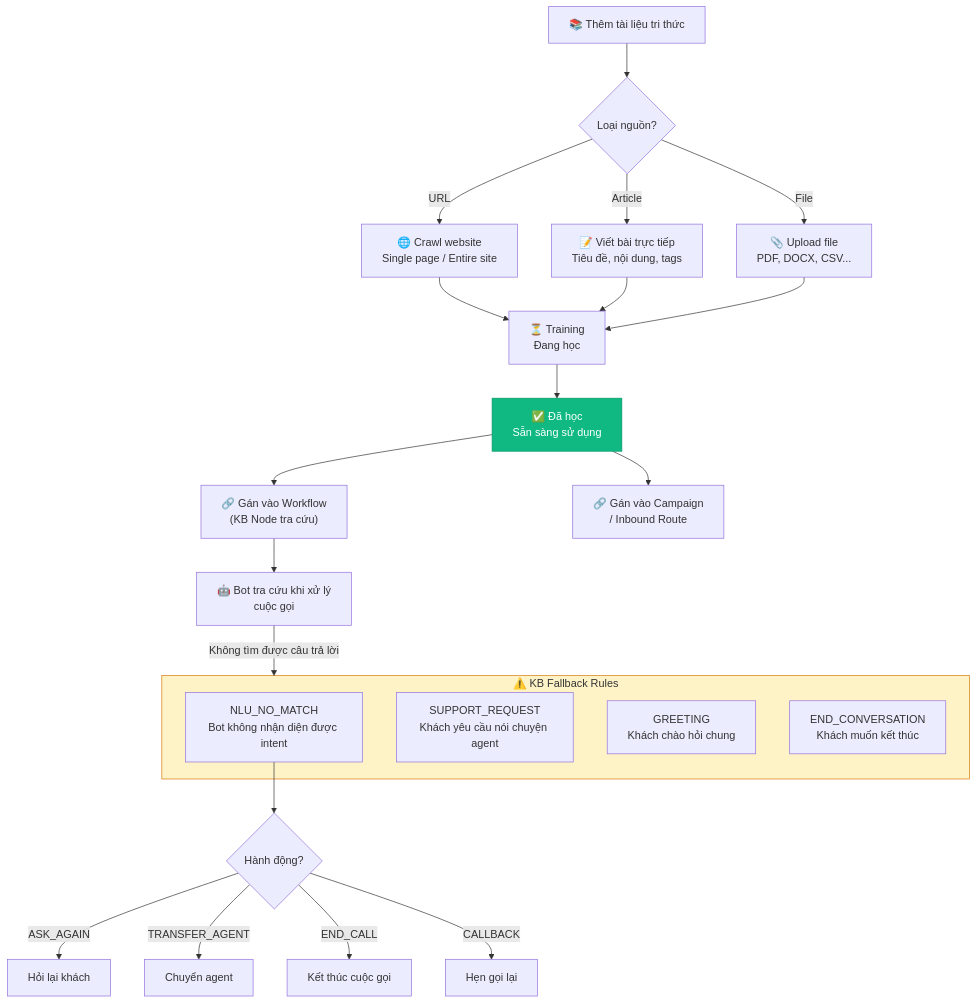
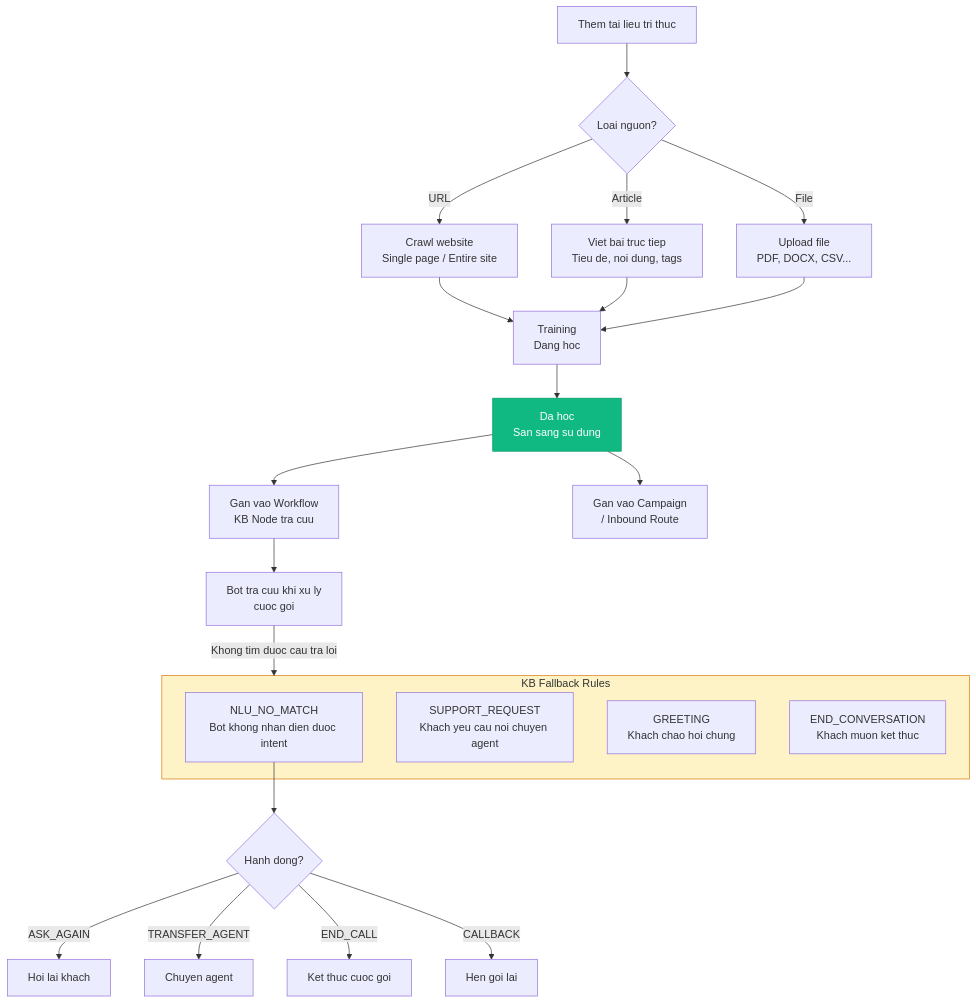
The seventh of 8 diagrams in BUSINESS_DOCUMENTATION.md (salaghati/AI_Voicebot-UI-UX), drawn with Mermaid before and after one commit. The commit also changed other lines of this file, not shown here.

First line of the commit message:
Fix Mermaid diagrams: remove emoji and Vietnamese diacritics from node labels

````diff
--- a/BUSINESS_DOCUMENTATION.md
+++ b/BUSINESS_DOCUMENTATION.md
@@ -359,37 +359,37 @@
 ```mermaid
 graph TD
-    A["📚 Thêm tài liệu tri thức"] --> B{"Loại nguồn?"}
+    A["Them tai lieu tri thuc"] --> B{"Loai nguon?"}
     
-    B -->|URL| C["🌐 Crawl website<br/>Single page / Entire site"]
-    B -->|Article| D["📝 Viết bài trực tiếp<br/>Tiêu đề, nội dung, tags"]
-    B -->|File| E["📎 Upload file<br/>PDF, DOCX, CSV..."]
+    B -->|URL| C["Crawl website\nSingle page / Entire site"]
+    B -->|Article| D["Viet bai truc tiep\nTieu de, noi dung, tags"]
+    B -->|File| E["Upload file\nPDF, DOCX, CSV..."]
 
-    C --> F["⏳ Training<br/>Đang học"]
+    C --> F["Training\nDang hoc"]
     D --> F
     E --> F
 
-    F --> G["✅ Đã học<br/>Sẵn sàng sử dụng"]
+    F --> G["Da hoc\nSan sang su dung"]
 
-    G --> H["🔗 Gán vào Workflow<br/>(KB Node tra cứu)"]
-    G --> I["🔗 Gán vào Campaign<br/>/ Inbound Route"]
+    G --> H["Gan vao Workflow\nKB Node tra cuu"]
+    G --> I["Gan vao Campaign\n/ Inbound Route"]
 
-    H --> J["🤖 Bot tra cứu khi xử lý<br/>cuộc gọi"]
+    H --> J["Bot tra cuu khi xu ly\ncuoc goi"]
 
-    subgraph Fallback["⚠️ KB Fallback Rules"]
-        K["NLU_NO_MATCH<br/>Bot không nhận diện được intent"]
-        L["SUPPORT_REQUEST<br/>Khách yêu cầu nói chuyện agent"]
-        M["GREETING<br/>Khách chào hỏi chung"]
-        N["END_CONVERSATION<br/>Khách muốn kết thúc"]
+    subgraph Fallback["KB Fallback Rules"]
+        K["NLU_NO_MATCH\nBot khong nhan dien duoc intent"]
+        L["SUPPORT_REQUEST\nKhach yeu cau noi chuyen agent"]
+        M["GREETING\nKhach chao hoi chung"]
+        N["END_CONVERSATION\nKhach muon ket thuc"]
     end
 
-    J -->|Không tìm được câu trả lời| Fallback
+    J -->|Khong tim duoc cau tra loi| Fallback
     
-    K --> O{"Hành động?"}
-    O -->|ASK_AGAIN| P["Hỏi lại khách"]
-    O -->|TRANSFER_AGENT| Q["Chuyển agent"]
-    O -->|END_CALL| R["Kết thúc cuộc gọi"]
-    O -->|CALLBACK| S["Hẹn gọi lại"]
+    K --> O{"Hanh dong?"}
+    O -->|ASK_AGAIN| P["Hoi lai khach"]
+    O -->|TRANSFER_AGENT| Q["Chuyen agent"]
+    O -->|END_CALL| R["Ket thuc cuoc goi"]
+    O -->|CALLBACK| S["Hen goi lai"]
 
     style G fill:#10b981,stroke:#059669,color:#fff
     style Fallback fill:#fef3c7,stroke:#d97706
 ```
````
